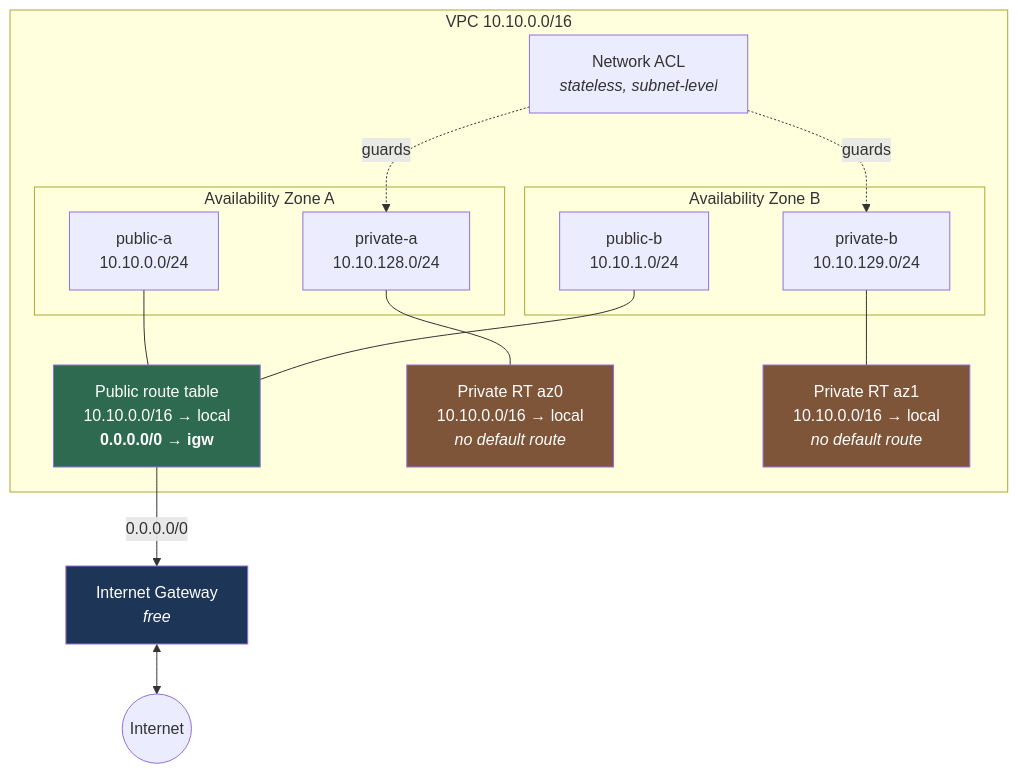
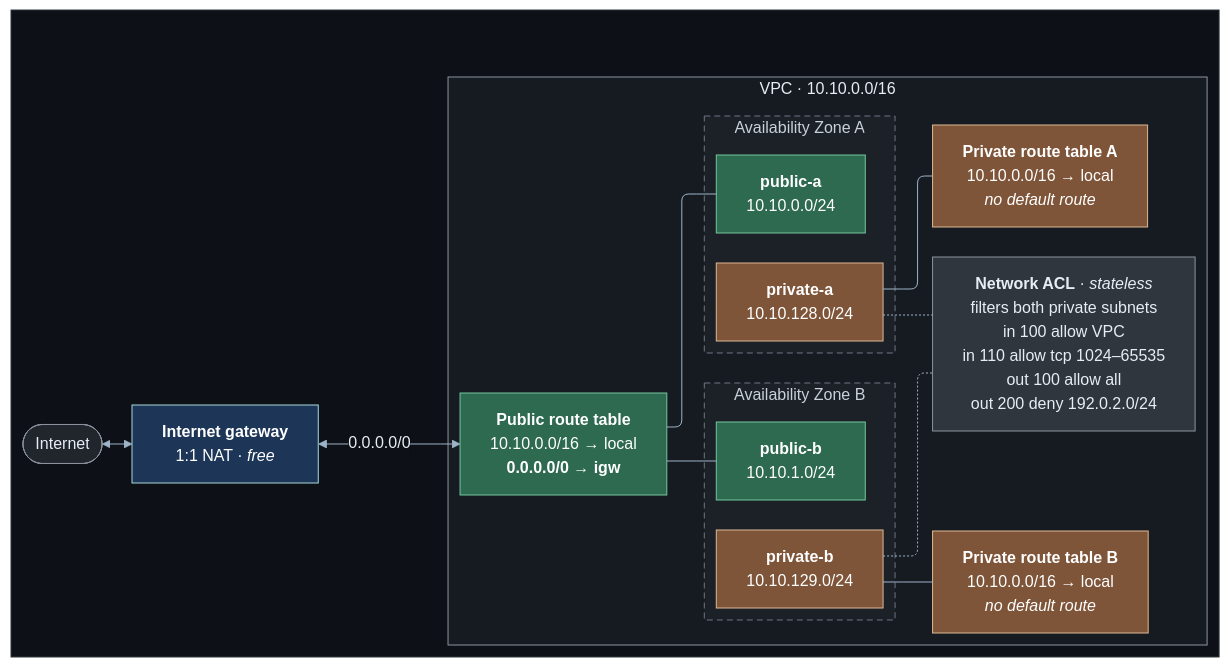
Before and after one commit to HuyNguyen260398/aws-network-architecture: the diagram in labs/01-vpc-fundamentals/README.md, drawn with Mermaid. The commit also changed 13 other files, not shown here.

First line of the commit message:
docs(diagrams): restyle all Mermaid diagrams for dark mode and orthogonal lines

````diff
--- a/labs/01-vpc-fundamentals/README.md
+++ b/labs/01-vpc-fundamentals/README.md
@@ -39,37 +39,71 @@
 ```mermaid
-graph TB
-    IGW["Internet Gateway<br/><i>free</i>"]
+---
+config:
+  layout: elk
+  theme: base
+  themeVariables:
+    lineColor: "#9fb3c8"
+    textColor: "#e6edf3"
+    primaryColor: "#21262d"
+    primaryTextColor: "#e6edf3"
+    primaryBorderColor: "#6e7681"
+    edgeLabelBackground: "#0d1117"
+    clusterBkg: "#161b22"
+    clusterBorder: "#6e7681"
+    titleColor: "#e6edf3"
+  flowchart:
+    curve: rounded
+    wrappingWidth: 420
+---
+flowchart LR
+    subgraph CANVAS[" "]
+        INET(["Internet"])
+        IGW["<b>Internet gateway</b><br/>1:1 NAT · <i>free</i>"]
 
-    subgraph VPC["VPC 10.10.0.0/16"]
-        subgraph AZA["Availability Zone A"]
-            PUBA["public-a<br/>10.10.0.0/24"]
-            PRIA["private-a<br/>10.10.128.0/24"]
+        subgraph VPC["VPC · 10.10.0.0/16"]
+            RTPUB["<b>Public route table</b><br/>10.10.0.0/16 → local<br/><b>0.0.0.0/0 → igw</b>"]
+
+            %% Left-to-right, so lines enter boxes through their sides and never cross
+            %% the titles on the top edges. B is declared first so the layout puts A on top.
+            subgraph AZB["Availability Zone B"]
+                PUBB["<b>public-b</b><br/>10.10.1.0/24"]
+                PRIB["<b>private-b</b><br/>10.10.129.0/24"]
+            end
+            subgraph AZA["Availability Zone A"]
+                PUBA["<b>public-a</b><br/>10.10.0.0/24"]
+                PRIA["<b>private-a</b><br/>10.10.128.0/24"]
+            end
+
+            RTPRIA["<b>Private route table A</b><br/>10.10.0.0/16 → local<br/><i>no default route</i>"]
+            NACL["<b>Network ACL</b> · <i>stateless</i><br/>filters both private subnets<br/>in 100 allow VPC<br/>in 110 allow tcp 1024–65535<br/>out 100 allow all<br/>out 200 deny 192.0.2.0/24"]
+            RTPRIB["<b>Private route table B</b><br/>10.10.0.0/16 → local<br/><i>no default route</i>"]
         end
-        subgraph AZB["Availability Zone B"]
-            PUBB["public-b<br/>10.10.1.0/24"]
-            PRIB["private-b<br/>10.10.129.0/24"]
-        end
-
-        RTPUB["Public route table<br/>10.10.0.0/16 → local<br/><b>0.0.0.0/0 → igw</b>"]
-        RTPRIA["Private RT az0<br/>10.10.0.0/16 → local<br/><i>no default route</i>"]
-        RTPRIB["Private RT az1<br/>10.10.0.0/16 → local<br/><i>no default route</i>"]
-
-        NACL["Network ACL<br/><i>stateless, subnet-level</i>"]
     end
 
-    INET(("Internet"))
+    INET <--> IGW
+    IGW <-->|"0.0.0.0/0"| RTPUB
+    RTPUB --- PUBA
+    RTPUB --- PUBB
+    PRIA --- RTPRIA
+    PRIA -.- NACL
+    PRIB -.- NACL
+    PRIB --- RTPRIB
 
-    PUBA --- RTPUB
-    PUBB --- RTPUB
-    PRIA --- RTPRIA
-    PRIB --- RTPRIB
-    RTPUB -->|0.0.0.0/0| IGW
-    IGW <--> INET
-    NACL -.guards.-> PRIA
-    NACL -.guards.-> PRIB
+    classDef canvas fill:#0d1117,stroke:#30363d,color:#e6edf3
+    classDef vpc fill:#161b22,stroke:#8b949e,color:#e6edf3
+    classDef az fill:#1c2128,stroke:#6e7681,color:#c9d1d9,stroke-dasharray:6 4
+    classDef free fill:#2d6a4f,stroke:#74c69d,color:#fff
+    classDef private fill:#7f5539,stroke:#ddb892,color:#fff
+    classDef gateway fill:#1d3557,stroke:#a8dadc,color:#fff
+    classDef filter fill:#30363d,stroke:#8b949e,color:#e6edf3
+    classDef net fill:#21262d,stroke:#8b949e,color:#e6edf3
 
-    style RTPUB fill:#2d6a4f,color:#fff
-    style RTPRIA fill:#7f5539,color:#fff
-    style RTPRIB fill:#7f5539,color:#fff
-    style IGW fill:#1d3557,color:#fff
+    class CANVAS canvas
+    class VPC vpc
+    class AZA,AZB az
+    class RTPUB,PUBA,PUBB free
+    class RTPRIA,RTPRIB,PRIA,PRIB private
+    class IGW gateway
+    class NACL filter
+    class INET net
 ```
````
